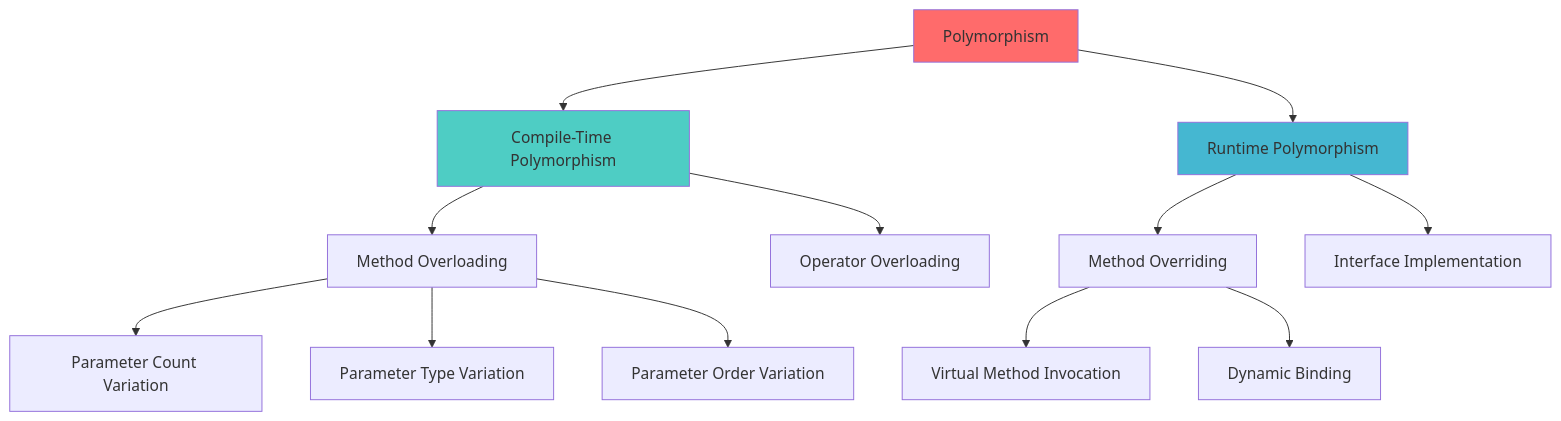
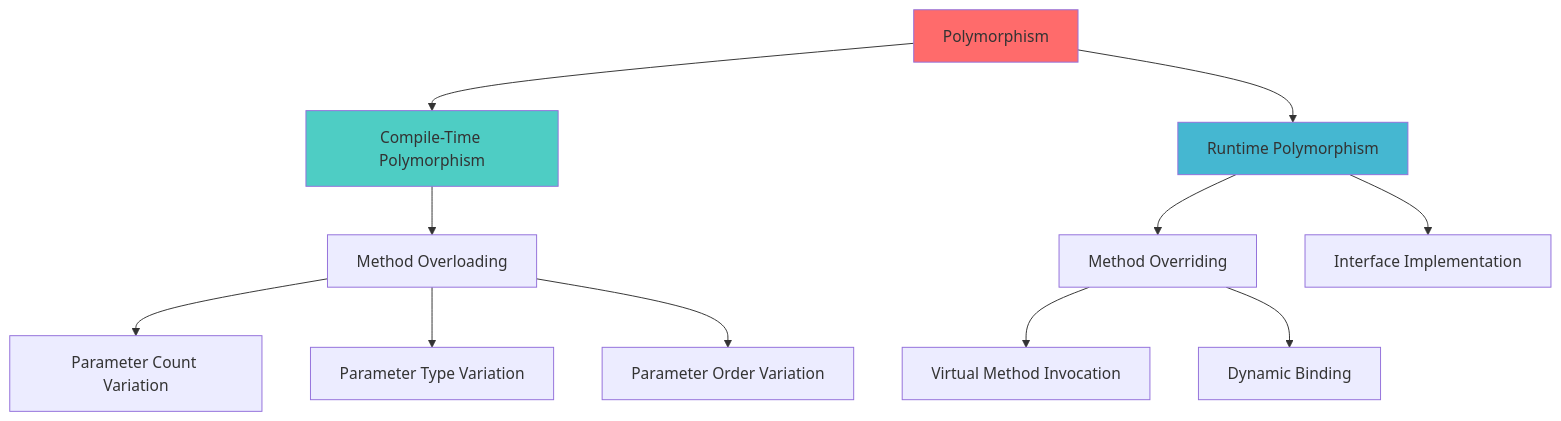
Before and after one commit to yennanliu/yennj12_blog_V4: the seventh of 29 diagrams in content/posts/comprehensive-java-learning-journey-fundamentals-to-advanced.md, drawn with Mermaid. The commit also changed other lines of this file and 55 other files, not shown here.

````diff
--- a/content/posts/comprehensive-java-learning-journey-fundamentals-to-advanced.md
+++ b/content/posts/comprehensive-java-learning-journey-fundamentals-to-advanced.md
@@ -290,22 +290,21 @@
 ```mermaid
 graph TD
     A[Polymorphism] --> B[Compile-Time Polymorphism]
     A --> C[Runtime Polymorphism]
 
     B --> D[Method Overloading]
-    B --> E[Operator Overloading]
 
     C --> F[Method Overriding]
     C --> G[Interface Implementation]
 
     D --> H[Parameter Count Variation]
     D --> I[Parameter Type Variation]
     D --> J[Parameter Order Variation]
 
     F --> K[Virtual Method Invocation]
     F --> L[Dynamic Binding]
 
     style A fill:#ff6b6b
     style B fill:#4ecdc4
     style C fill:#45b7d1
 ```
````
